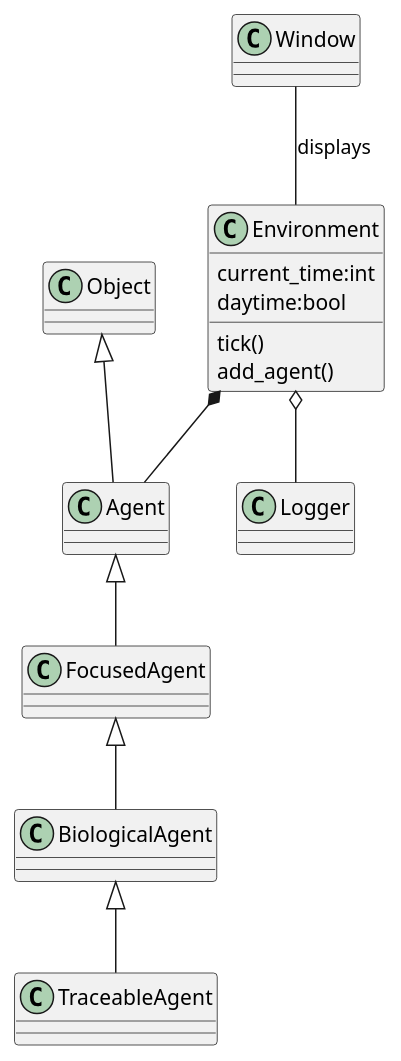
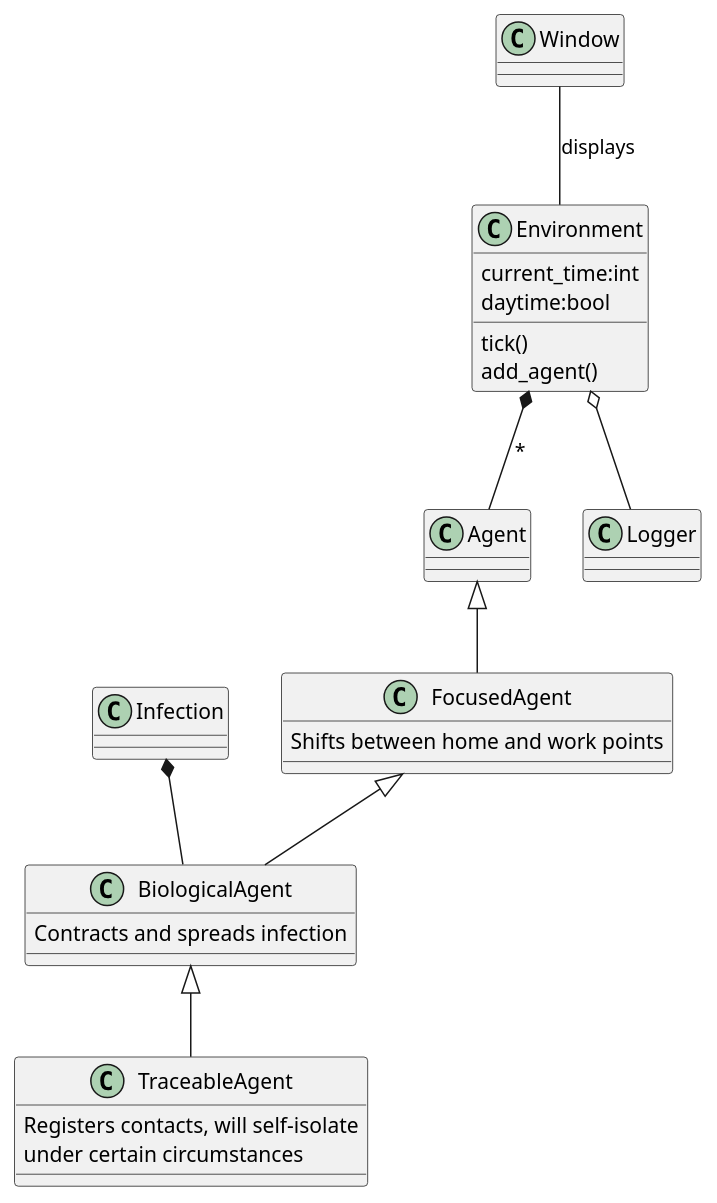
One commit to JoshuaSFryer/multi-agent-sim changed the diagram in doc/uml/src/class-diagram.puml. Above: the diagram before and after it, drawn with PlantUML. The commit also changed 1 other file, not shown here.

Commit message:
Update class diagram

```diff
--- a/doc/uml/src/class-diagram.puml
+++ b/doc/uml/src/class-diagram.puml
@@ -1,24 +1,30 @@
 @startuml agent-sim-diagram
 
 
-Object <|-- Agent
+' Object <|-- Agent
 
 Agent <|-- FocusedAgent
 FocusedAgent <|-- BiologicalAgent
 BiologicalAgent <|-- TraceableAgent
 
+FocusedAgent : Shifts between home and work points
+BiologicalAgent : Contracts and spreads infection
+TraceableAgent : Registers contacts, will self-isolate
+TraceableAgent : under certain circumstances
 
+Infection *-- BiologicalAgent
 
 class Environment {
     current_time:int
     daytime:bool
 
     tick()
     add_agent()
 }
+
 Window -- Environment : displays
-Environment *-- Agent
+Environment *-- Agent : *
 Environment o-- Logger
 
 
 @enduml
```
